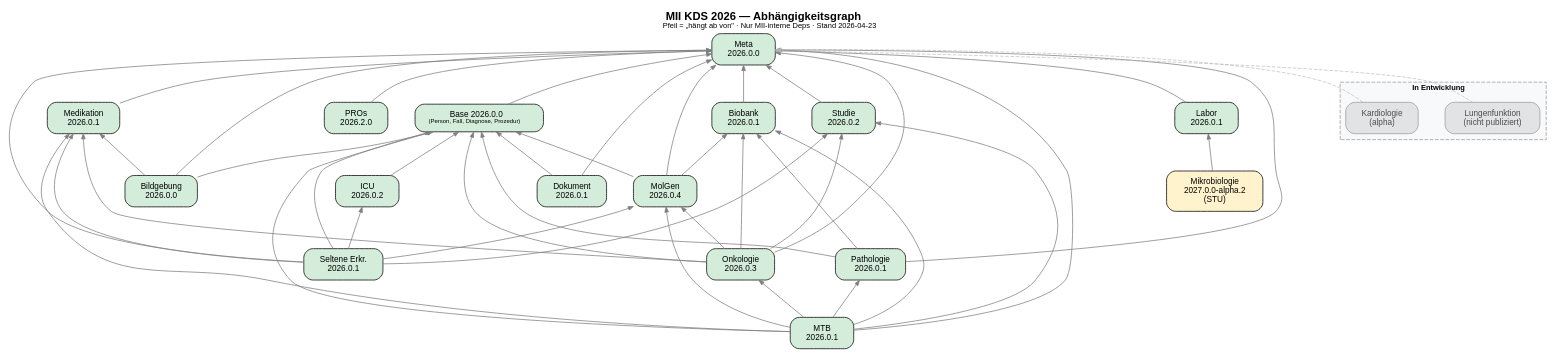
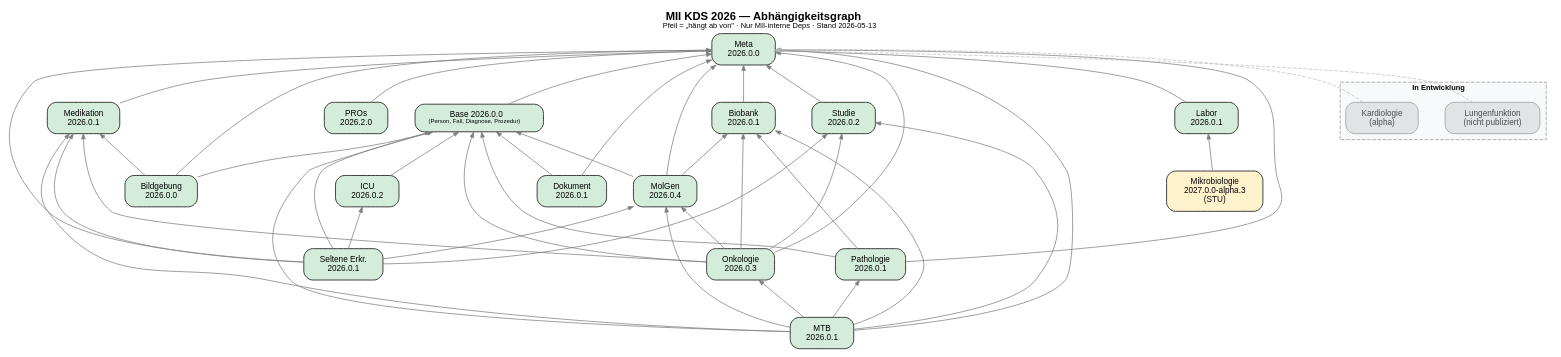
Before and after one commit to medizininformatik-initiative/kerndatensatz-complete: the diagram in dep-graph-2026.dot, drawn with Graphviz. The commit also changed 7 other files, not shown here.

First line of the commit message:
Update Mikrobiologie to 2027.0.0-alpha.3, release as v2026.2.0

```diff
--- a/dep-graph-2026.dot
+++ b/dep-graph-2026.dot
@@ -1,118 +1,118 @@
 // MII KDS 2026 — Abhängigkeitsgraph
 //
 // Quelle:     dep-graph-2026.dot
 // Generiert:  dot -Tpng dep-graph-2026.dot -o input/images/dep-graph-2026.png
 //             dot -Tsvg dep-graph-2026.dot -o input/images/dep-graph-2026.svg
 //
 // Farben:
 //   #d4edda  grün    = finale Version (normative / STU-abgeschlossen)
 //   #fff3cd  gelb    = STU / Trial Use / Alpha
 //   #e2e3e5  grau    = in Entwicklung / nicht publiziert
 
 digraph MII_KDS_2026 {
     rankdir=TB;
     bgcolor="white";
     fontname="Helvetica";
     node [shape=box, style="rounded,filled", fontname="Helvetica", fontsize=11, margin="0.25,0.12"];
     edge [color="gray50", arrowsize=0.7, penwidth=1.0, dir=back];
     nodesep=0.5;
     ranksep=0.7;
 
     labelloc="t";
-    label=<<B>MII KDS 2026 — Abhängigkeitsgraph</B><BR/><FONT POINT-SIZE="10">Pfeil = „hängt ab von" · Nur MII-interne Deps · Stand 2026-04-23</FONT>>;
+    label=<<B>MII KDS 2026 — Abhängigkeitsgraph</B><BR/><FONT POINT-SIZE="10">Pfeil = „hängt ab von" · Nur MII-interne Deps · Stand 2026-05-13</FONT>>;
     fontsize=15;
 
     // ════════════ Layer 0: Foundation ════════════
     meta [label="Meta\n2026.0.0", fillcolor="#d4edda"];
 
     // ════════════ Layer 1: Basismodule (abhängig von meta) ════════════
     base       [label=<Base 2026.0.0<BR/><FONT POINT-SIZE="8">(Person, Fall, Diagnose, Prozedur)</FONT>>, fillcolor="#d4edda"];
     labor      [label="Labor\n2026.0.1",      fillcolor="#d4edda"];
     medikation [label="Medikation\n2026.0.1",  fillcolor="#d4edda"];
     biobank    [label="Biobank\n2026.0.1",     fillcolor="#d4edda"];
     studie     [label="Studie\n2026.0.2",      fillcolor="#d4edda"];
     pros       [label="PROs\n2026.2.0",        fillcolor="#d4edda"];
 
     meta -> base;
     meta -> labor;
     meta -> medikation;
     meta -> biobank;
     meta -> studie;
     meta -> pros;
 
     // ════════════ Layer 2: Erweiterungsmodule ════════════
     icu        [label="ICU\n2026.0.2",         fillcolor="#d4edda"];
     base -> icu;
 
     molgen     [label="MolGen\n2026.0.4",      fillcolor="#d4edda"];
     meta -> molgen;
     base -> molgen;
     biobank -> molgen;
 
     bildgebung [label="Bildgebung\n2026.0.0",  fillcolor="#d4edda"];
     meta -> bildgebung;
     base -> bildgebung;
     medikation -> bildgebung;
 
     dokument   [label="Dokument\n2026.0.1",    fillcolor="#d4edda"];
     meta -> dokument;
     base -> dokument;
 
-    mikrobio   [label="Mikrobiologie\n2027.0.0-alpha.2\n(STU)", fillcolor="#fff3cd"];
+    mikrobio   [label="Mikrobiologie\n2027.0.0-alpha.3\n(STU)", fillcolor="#fff3cd"];
     labor -> mikrobio;
 
     // ════════════ Layer 3: Komplexe Module ════════════
     onko       [label="Onkologie\n2026.0.3",   fillcolor="#d4edda"];
     meta -> onko;
     base -> onko;
     biobank -> onko;
     medikation -> onko;
     molgen -> onko;
     studie -> onko;
 
     patho      [label="Pathologie\n2026.0.1",  fillcolor="#d4edda"];
     meta -> patho;
     base -> patho;
     biobank -> patho;
 
     // ════════════ Layer 4 ════════════
     seltene    [label="Seltene Erkr.\n2026.0.1", fillcolor="#d4edda"];
     meta -> seltene;
     base -> seltene;
     molgen -> seltene;
     medikation -> seltene;
     icu -> seltene;
     studie -> seltene;
 
     // ════════════ Layer 5 ════════════
     mtb        [label="MTB\n2026.0.1",         fillcolor="#d4edda"];
     meta -> mtb;
     base -> mtb;
     biobank -> mtb;
     medikation -> mtb;
     molgen -> mtb;
     onko -> mtb;
     patho -> mtb;
     studie -> mtb;
 
     // ════════════ In Entwicklung ════════════
     subgraph cluster_nonfinal {
         label=<<B>In Entwicklung</B>>;
         style="dashed"; color="gray60"; bgcolor="#f8f9fa";
         fontname="Helvetica"; fontsize=10;
 
         kardiologie    [label="Kardiologie\n(alpha)",             fillcolor="#e2e3e5", color="gray60", fontcolor="gray30"];
         lungenfunktion [label="Lungenfunktion\n(nicht publiziert)", fillcolor="#e2e3e5", color="gray60", fontcolor="gray30"];
     }
 
     meta -> kardiologie    [color="gray70", style=dashed, penwidth=0.8];
     meta -> lungenfunktion [color="gray70", style=dashed, penwidth=0.8];
 
     // ════════════ Ranking ════════════
     {rank=min;  meta}
     {rank=same; base; labor; medikation; biobank; studie; pros}
     {rank=same; icu; molgen; bildgebung; dokument; mikrobio}
     {rank=same; onko; patho}
     {rank=same; seltene}
     {rank=max;  mtb}
 }
```
